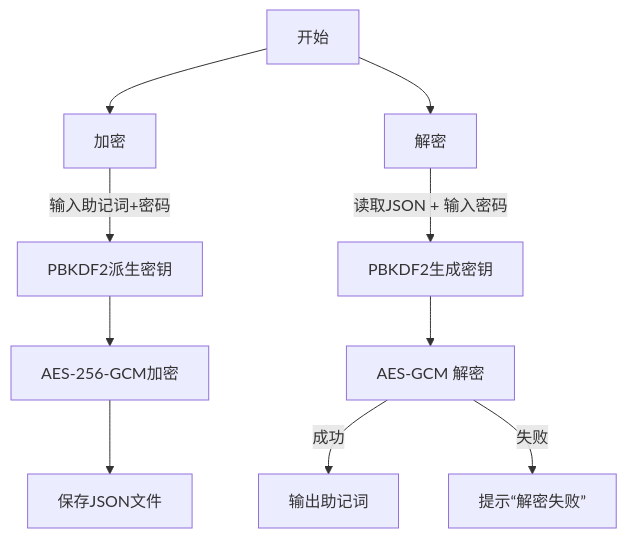
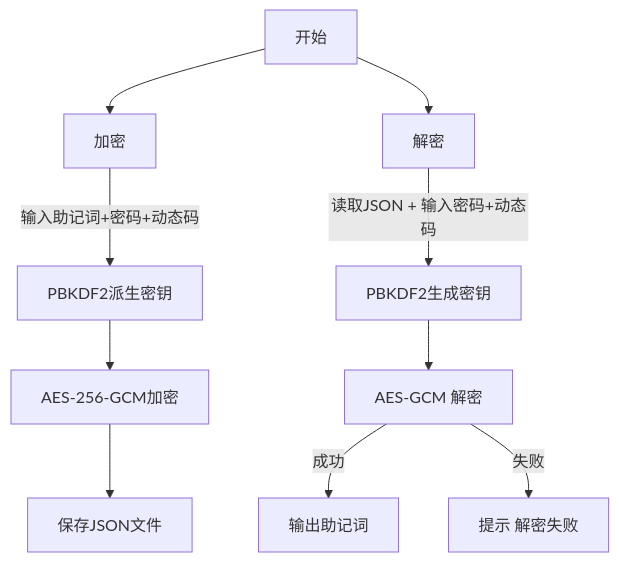
Before and after one commit to Harukite/mnemonic-encryptor: the third of 3 diagrams in README.md, drawn with Mermaid. The commit also changed other lines of this file, not shown here.

````diff
--- a/README.md
+++ b/README.md
@@ -142,13 +190,15 @@
 ```mermaid
+
 graph TD
+
 START[开始] --> ENC[加密]
-ENC -->|输入助记词+密码| GENKEY[PBKDF2派生密钥]
+ENC -->|输入助记词+密码+动态码| GENKEY[PBKDF2派生密钥]
 GENKEY --> AES[AES-256-GCM加密]
 AES --> SAVE[保存JSON文件]
 
 START --> DEC[解密]
-DEC -->|读取JSON + 输入密码| REKEY[PBKDF2生成密钥]
+DEC -->|读取JSON + 输入密码+动态码| REKEY[PBKDF2生成密钥]
 REKEY --> DECRYPT[AES-GCM 解密]
 DECRYPT -->|成功| SHOW[输出助记词]
-DECRYPT -->|失败| ERR[提示“解密失败”]
+DECRYPT -->|失败| ERR[提示 解密失败]
 ```
````
